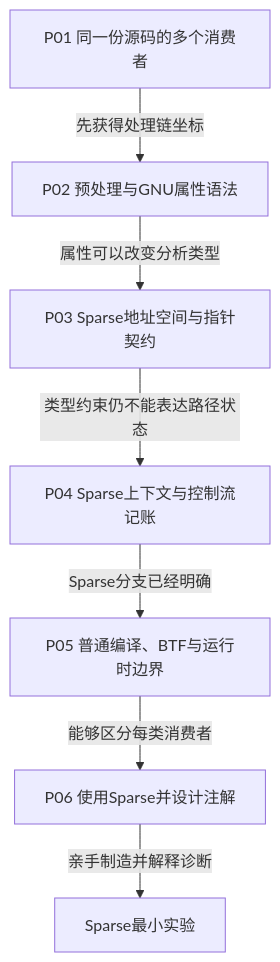
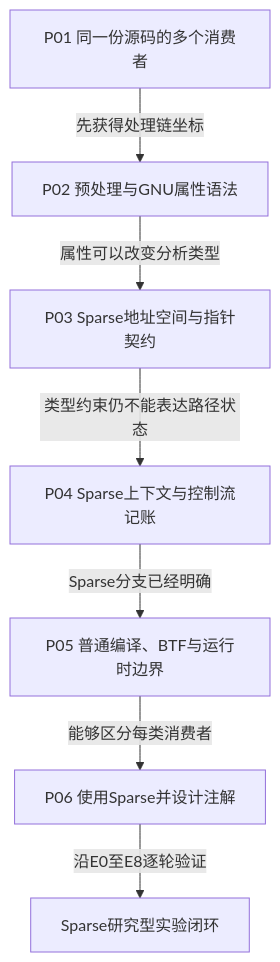
Before and after one commit to FormingSystem/linux_note: the diagram in knowledge/foundations/c_language/kernel_static_annotations/大纲.md, drawn with Mermaid. The commit also changed other lines of this file and 5 other files, not shown here.

````diff
--- a/knowledge/foundations/c_language/kernel_static_annotations/大纲.md
+++ b/knowledge/foundations/c_language/kernel_static_annotations/大纲.md
@@ -43,9 +43,9 @@
 ```mermaid
 flowchart TD
     A["P01 同一份源码的多个消费者"] -->|"先获得处理链坐标"| B["P02 预处理与GNU属性语法"]
     B -->|"属性可以改变分析类型"| C["P03 Sparse地址空间与指针契约"]
     C -->|"类型约束仍不能表达路径状态"| D["P04 Sparse上下文与控制流记账"]
     D -->|"Sparse分支已经明确"| E["P05 普通编译、BTF与运行时边界"]
     E -->|"能够区分每类消费者"| F["P06 使用Sparse并设计注解"]
-    F -->|"亲手制造并解释诊断"| L["Sparse最小实验"]
+    F -->|"沿E0至E8逐轮验证"| L["Sparse研究型实验闭环"]
 ```
````
